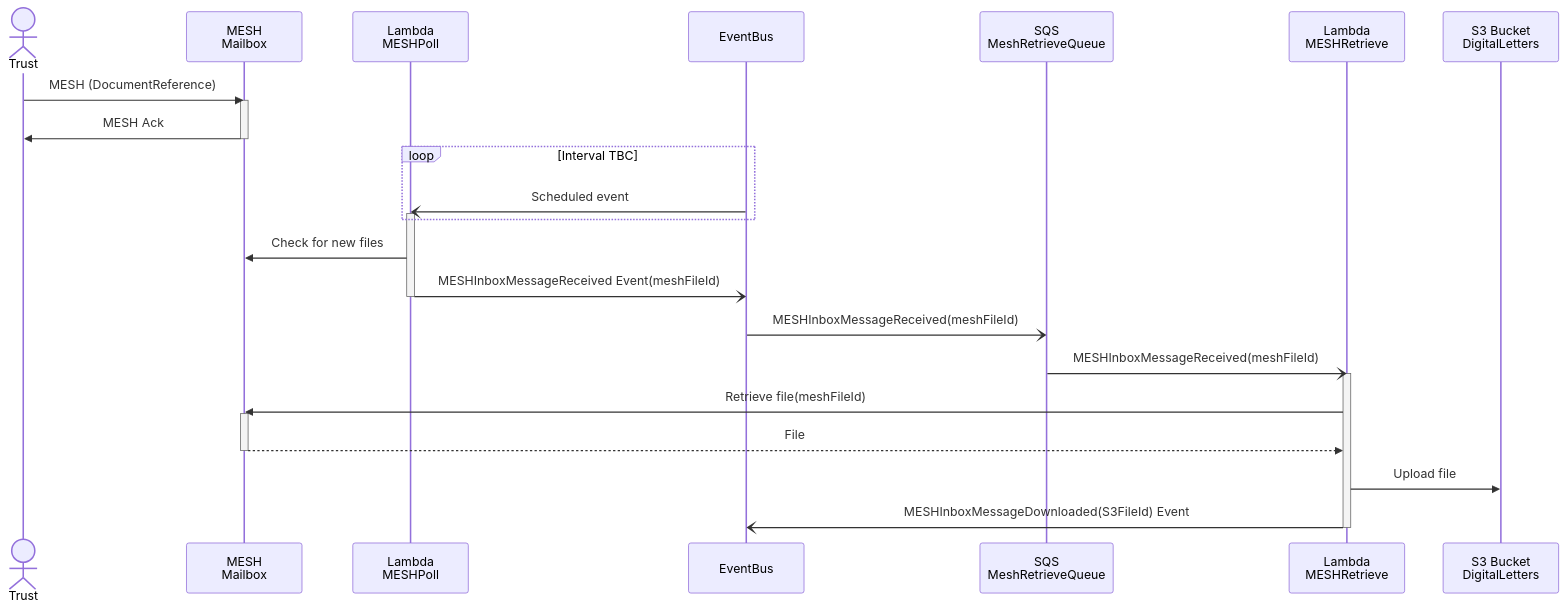
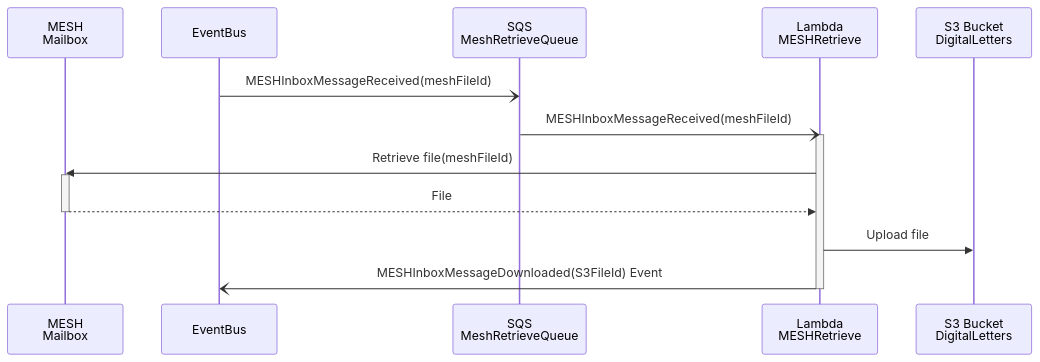
Before and after one commit to NHSDigital/nhs-notify-digital-letters: the diagram in docs/diagrams/mesh-download-sequence.md, drawn with Mermaid. The commit also changed 1 other file, not shown here.

Commit message:
CCM-12774: Split MESH poll/retrieve sequence diagram

````diff
--- a/docs/diagrams/mesh-download-sequence.md
+++ b/docs/diagrams/mesh-download-sequence.md
@@ -14,35 +14,20 @@
 ```mermaid
 
 sequenceDiagram
-  actor trust as Trust
   participant meshMailbox as MESH<br/>Mailbox
-  participant meshPoll as Lambda<br/>MESHPoll
   participant eventBus as EventBus
   participant sqs as SQS<br/>MeshRetrieveQueue
   participant meshRetrieve  as Lambda<br/>MESHRetrieve
   participant s3 as S3 Bucket<br/>DigitalLetters
-
-  trust ->> meshMailbox: MESH (DocumentReference)
-  activate meshMailbox
-    meshMailbox ->> trust: MESH Ack
-  deactivate meshMailbox
-
-  Loop Interval TBC
-    eventBus -) meshPoll: Scheduled event
-    activate meshPoll
-  end
-  meshPoll ->> meshMailbox: Check for new files
-  meshPoll -) eventBus: MESHInboxMessageReceived Event(meshFileId)
-  deactivate meshPoll
 
   eventBus -) sqs: MESHInboxMessageReceived(meshFileId)
   sqs -) meshRetrieve: MESHInboxMessageReceived(meshFileId)
   activate meshRetrieve
     meshRetrieve ->> meshMailbox: Retrieve file(meshFileId)
     activate meshMailbox
       meshMailbox -->> meshRetrieve: File
     deactivate meshMailbox
     meshRetrieve ->> s3: Upload file
     meshRetrieve -) eventBus: MESHInboxMessageDownloaded(S3FileId) Event
   deactivate meshRetrieve
 ```
````
